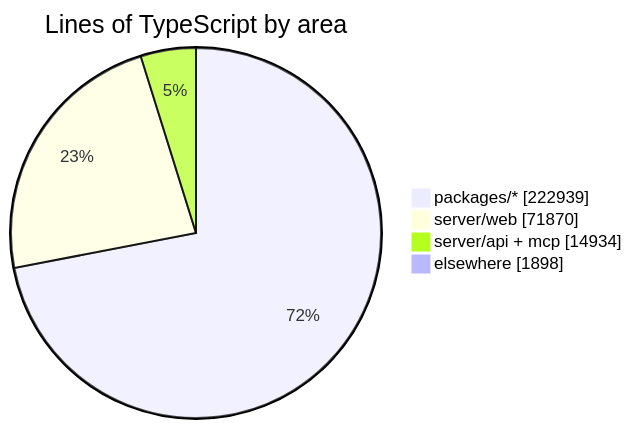
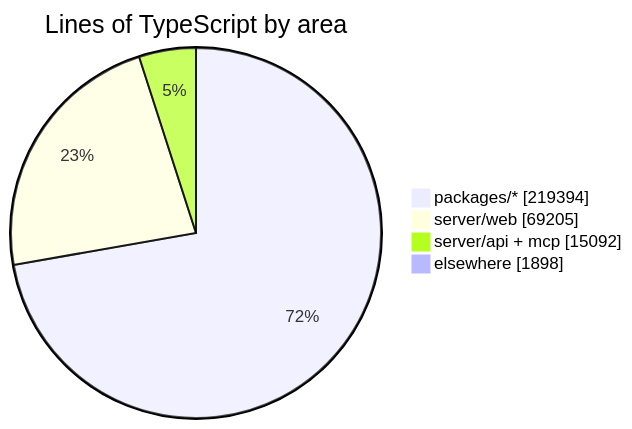
One commit to crossworks-engineering/mantle changed the diagram in README.md. Above: the diagram before and after it, drawn with Mermaid. The commit also changed other lines of this file and 2 other files, not shown here.

````diff
--- a/README.md
+++ b/README.md
@@ -287,7 +287,7 @@
 ```mermaid
 pie showData title Lines of TypeScript by area
-    "packages/*" : 222939
-    "server/web" : 71870
-    "server/api + mcp" : 14934
+    "packages/*" : 219394
+    "server/web" : 69205
+    "server/api + mcp" : 15092
     "elsewhere" : 1898
 ```
````
